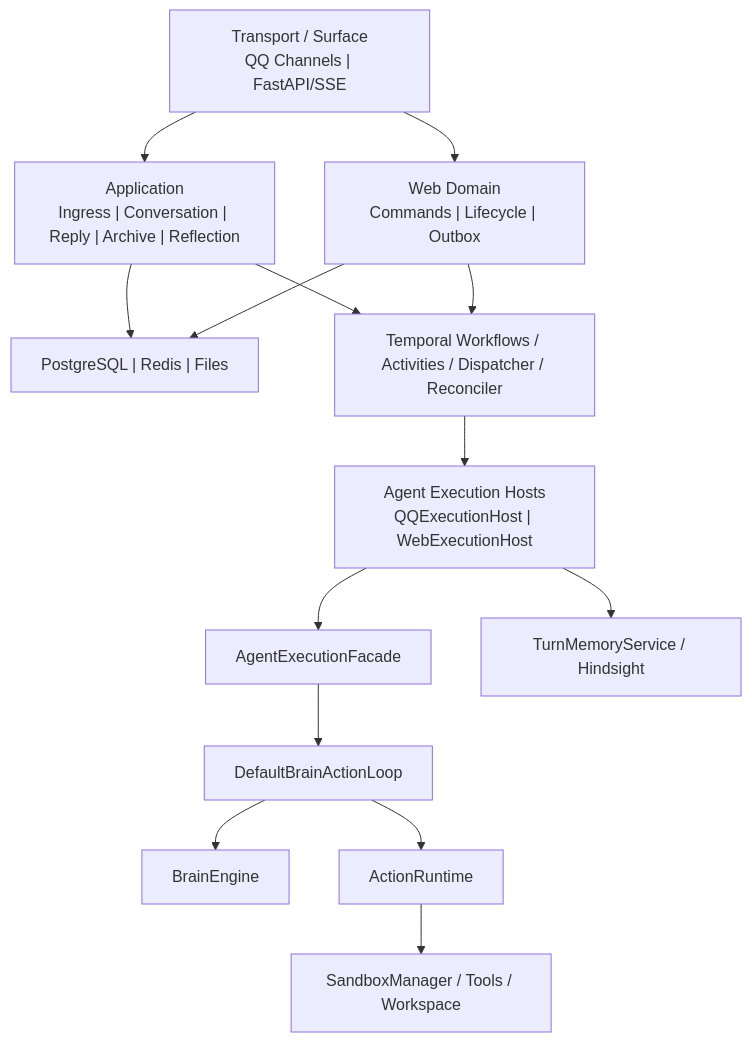
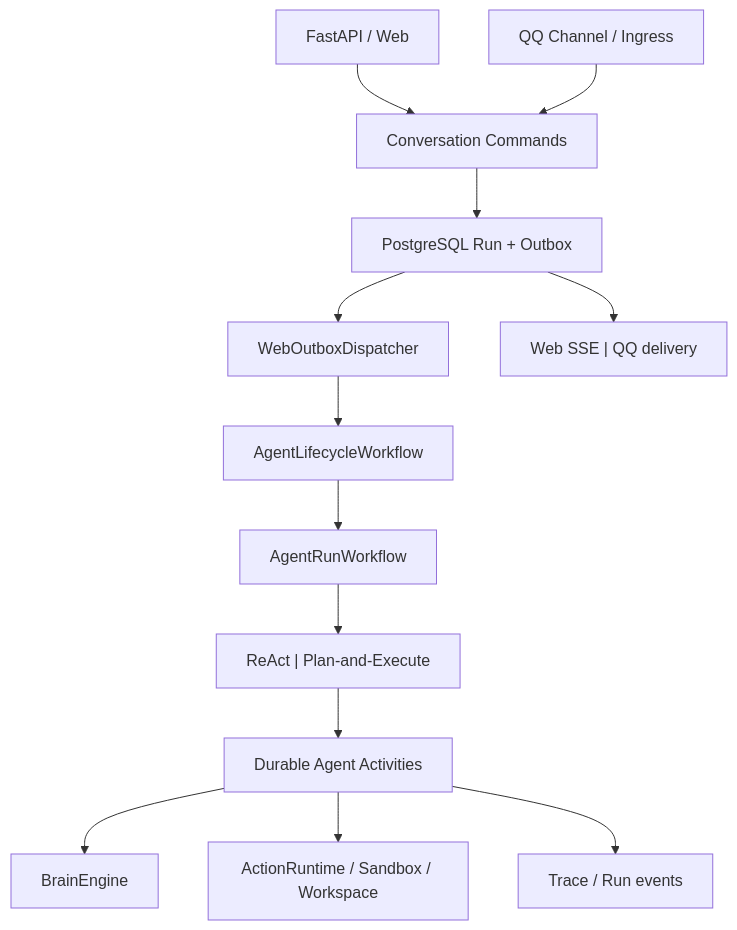
Before and after one commit to k1po9/HpAgent: the diagram in docs/architecture/single_agent/03_component.md, drawn with Mermaid. The commit also changed other lines of this file and 104 other files, not shown here.

Commit message:
refactor: delete legacy agent runtime

````diff
--- a/docs/architecture/single_agent/03_component.md
+++ b/docs/architecture/single_agent/03_component.md
@@ -34,27 +9,15 @@
 ```mermaid
 flowchart TD
-    Surface["Transport / Surface\nQQ Channels | FastAPI/SSE"]
-    Application["Application\nIngress | Conversation | Reply | Archive | Reflection"]
-    WebDomain["Web Domain\nCommands | Lifecycle | Outbox"]
-    Hosts["Agent Execution Hosts\nQQExecutionHost | WebExecutionHost"]
-    Facade["AgentExecutionFacade"]
-    Loop["DefaultBrainActionLoop"]
-    Brain["BrainEngine"]
-    Action["ActionRuntime"]
-    Sandbox["SandboxManager / Tools / Workspace"]
-    Memory["TurnMemoryService / Hindsight"]
-    Persistence["PostgreSQL | Redis | Files"]
-    Orchestration["Temporal Workflows / Activities / Dispatcher / Reconciler"]
-
-    Surface --> Application
-    Surface --> WebDomain
-    Application --> Orchestration
-    WebDomain --> Orchestration
-    Orchestration --> Hosts
-    Hosts --> Facade --> Loop
-    Loop --> Brain
-    Loop --> Action --> Sandbox
-    Hosts --> Memory
-    Application --> Persistence
-    WebDomain --> Persistence
+    Web["FastAPI / Web"] --> Commands["Conversation Commands"]
+    QQ["QQ Channel / Ingress"] --> Commands
+    Commands --> PG["PostgreSQL Run + Outbox"]
+    PG --> Dispatcher["WebOutboxDispatcher"]
+    Dispatcher --> Lifecycle["AgentLifecycleWorkflow"]
+    Lifecycle --> AgentRun["AgentRunWorkflow"]
+    AgentRun --> Strategies["ReAct | Plan-and-Execute"]
+    Strategies --> Activities["Durable Agent Activities"]
+    Activities --> Brain["BrainEngine"]
+    Activities --> Actions["ActionRuntime / Sandbox / Workspace"]
+    Activities --> Trace["Trace / Run events"]
+    PG --> Delivery["Web SSE | QQ delivery"]
 ```
````
